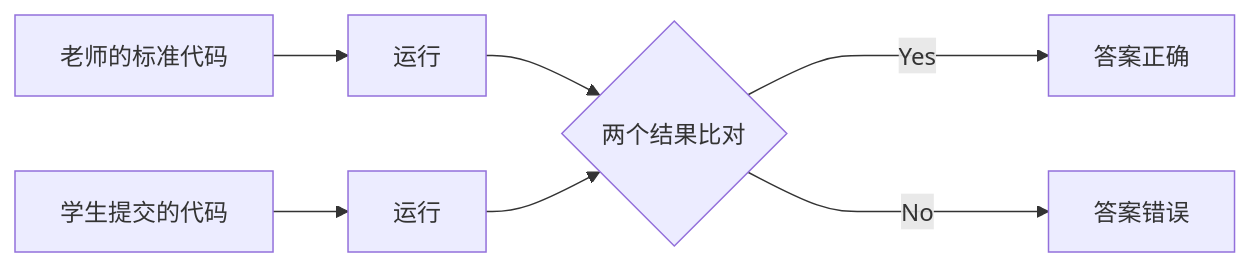
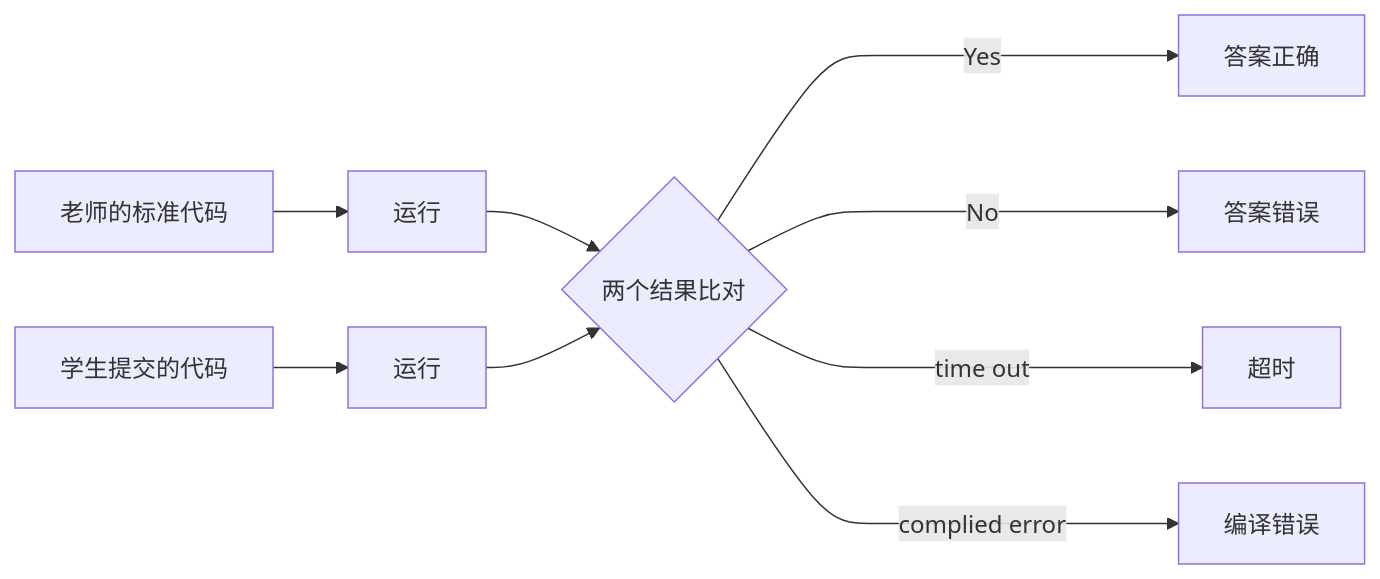
One commit to clumsy-sy/SY-Notes changed the diagram in 毕设记录/SQLOJ.md. Above: the diagram before and after it, drawn with Mermaid. The commit also changed other lines of this file and 2 other files, not shown here.

````diff
--- a/毕设记录/SQLOJ.md
+++ b/毕设记录/SQLOJ.md
@@ -14,9 +14,11 @@
 ```mermaid
 graph LR
     A[老师的标准代码] --> C[运行];
     B[学生提交的代码] --> D[运行];
     C --> E{两个结果比对};
     D --> E{两个结果比对};
     E -- Yes ----> F[答案正确];
     E -- No ----> G[答案错误];
+    E -- time out ----> H[超时];
+    E -- complied error ----> I[编译错误];
 ```
````
